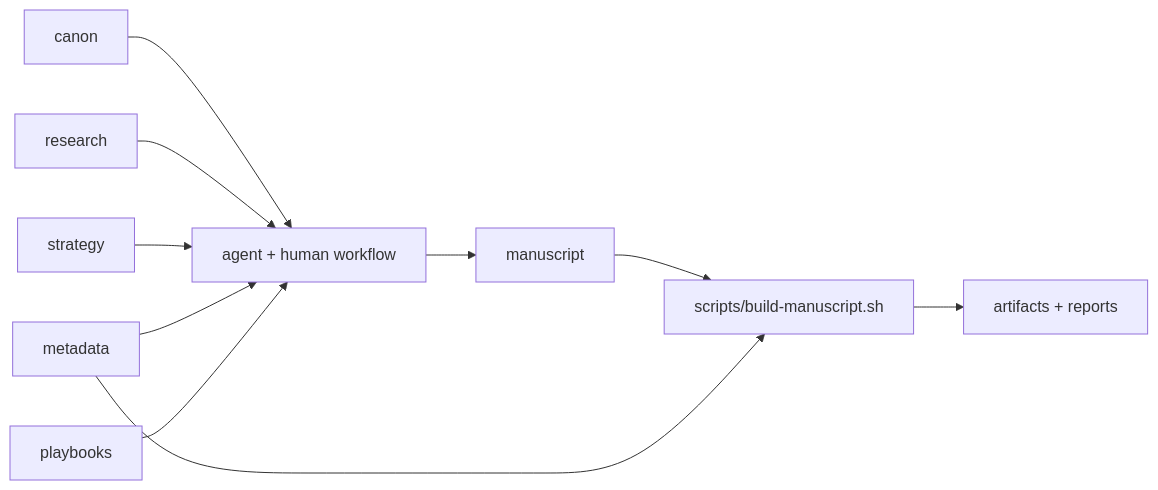
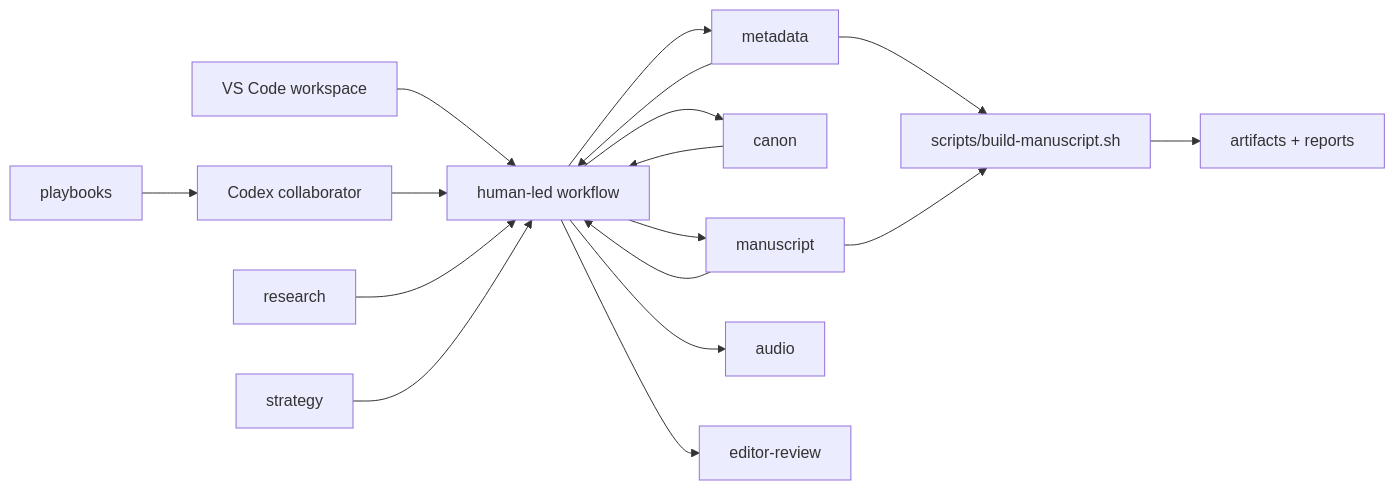
Before and after one commit to RSchaper10/narrative-as-code: the diagram in README.md, drawn with Mermaid. The commit also changed other lines of this file and 3 other files, not shown here.

Commit message:
Document Codex and VS Code workflow

````diff
--- a/README.md
+++ b/README.md
@@ -77,12 +87,21 @@
 ```mermaid
 flowchart LR
-    M[manuscript] --> B[scripts/build-manuscript.sh]
-    C[canon] --> A[agent + human workflow]
-    R[research] --> A
-    S[strategy] --> A
-    D[metadata] --> A
-    P[playbooks] --> A
-    A --> M
-    D --> B
+    V[VS Code workspace] --> H[human-led workflow]
+    X[Codex collaborator] --> H
+    M[manuscript] --> H
+    C[canon] --> H
+    R[research] --> H
+    S[strategy] --> H
+    D[metadata] --> H
+    AU[audio]
+    E[editor-review]
+    P[playbooks] --> X
+    H --> M
+    H --> C
+    H --> D
+    H --> AU
+    H --> E
+    D --> B[scripts/build-manuscript.sh]
+    M --> B
     B --> O[artifacts + reports]
 ```
````
